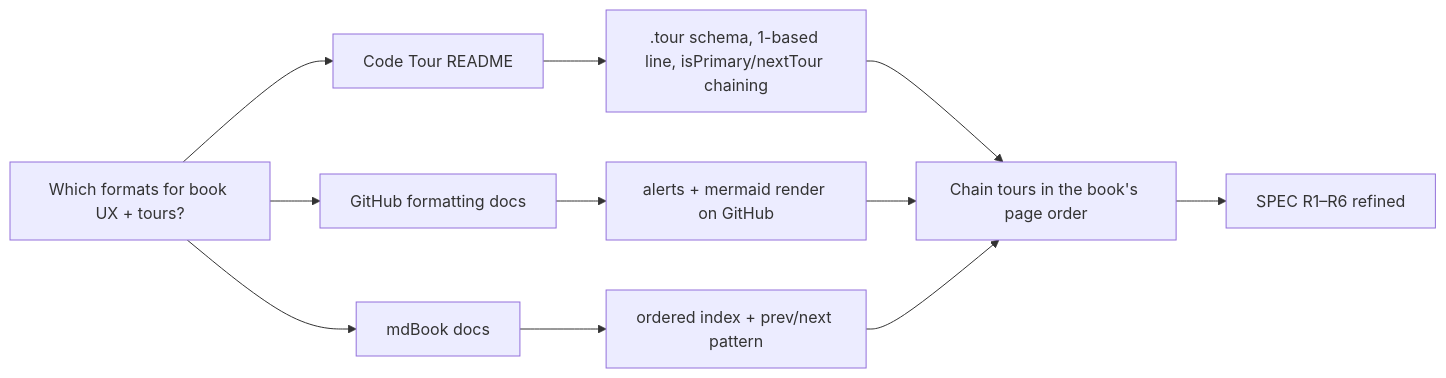
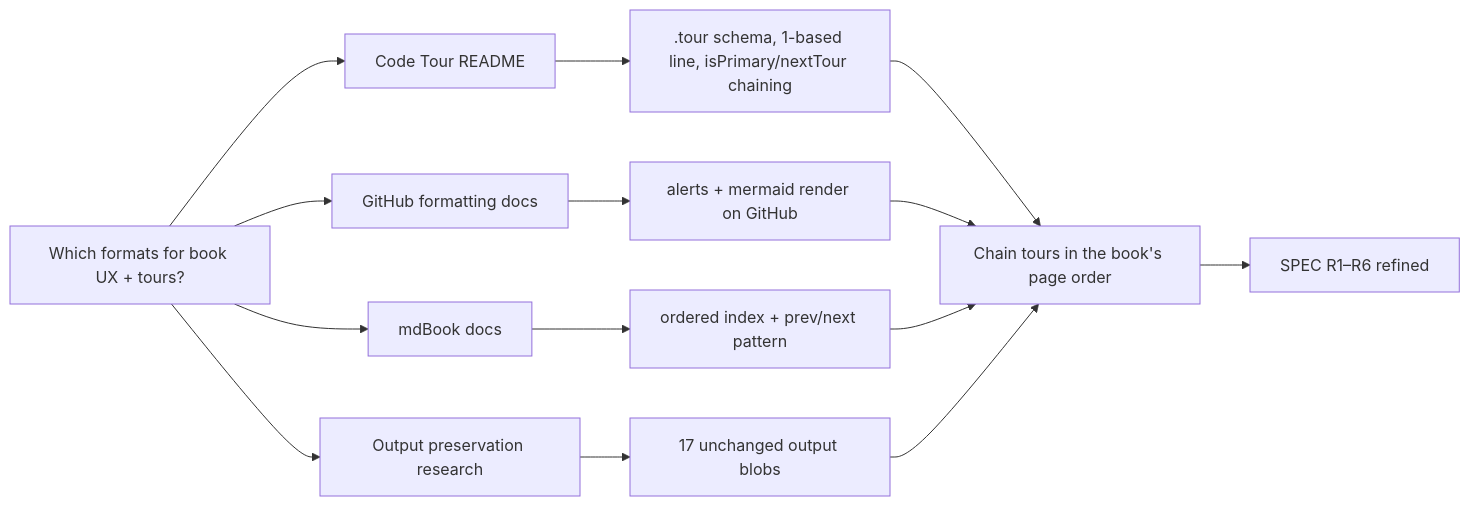
Before and after one commit to HeigatVu/delware-project: the diagram in docs/features/improve-ux-ui-book/RESEARCH.md, drawn with Mermaid. The commit also changed other lines of this file and 5 other files, not shown here.

Commit message:
docs: record output preservation evidence

````diff
--- a/docs/features/improve-ux-ui-book/RESEARCH.md
+++ b/docs/features/improve-ux-ui-book/RESEARCH.md
@@ -73,13 +77,16 @@
 ```mermaid
 flowchart LR
   Q["Which formats for book UX + tours?"] --> S1["Code Tour README"]
   Q --> S2["GitHub formatting docs"]
   Q --> S3["mdBook docs"]
+  Q --> S4["Output preservation research"]
   S1 --> F1[".tour schema, 1-based line, isPrimary/nextTour chaining"]
   S2 --> F2["alerts + mermaid render on GitHub"]
   S3 --> F3["ordered index + prev/next pattern"]
+  S4 --> F4["17 unchanged output blobs"]
   F1 --> D["Chain tours in the book's page order"]
   F2 --> D
   F3 --> D
+  F4 --> D
   D --> R["SPEC R1–R6 refined"]
 ```
````
